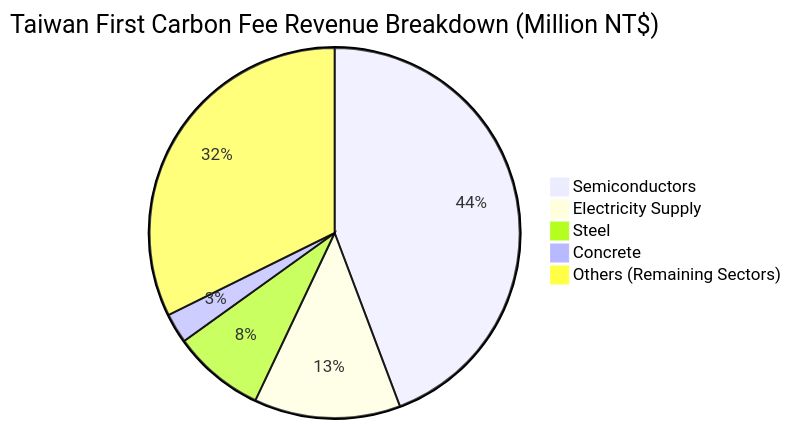
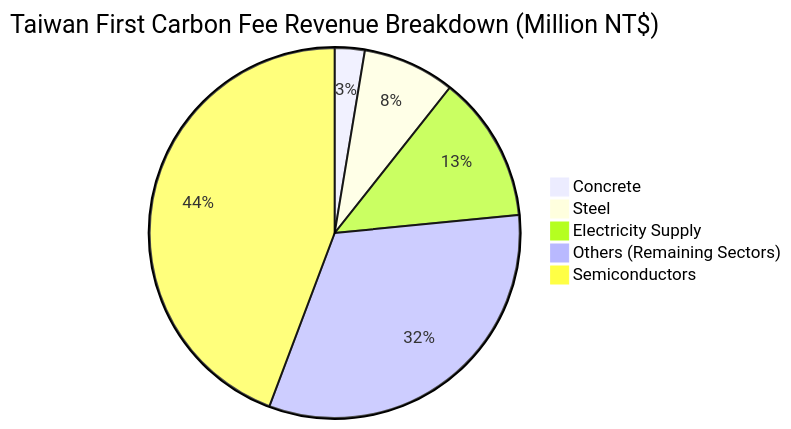
Before and after one commit to oxfordroadmap/quarto-awesomecv-typst: the diagram in blog/posts/20260721.qmd, drawn with Mermaid. The commit also changed other lines of this file and 10 other files, not shown here.

````diff
--- a/blog/posts/20260721.qmd
+++ b/blog/posts/20260721.qmd
@@ -58,8 +59,8 @@
 ```{mermaid}
 pie title Taiwan First Carbon Fee Revenue Breakdown (Million NT$)
+    "Concrete" : 130
+    "Steel" : 400
+    "Electricity Supply" : 635
+    "Others (Remaining Sectors)" : 1605
     "Semiconductors" : 2200
-    "Electricity Supply" : 635
-    "Steel" : 400
-    "Concrete" : 130
-    "Others (Remaining Sectors)" : 1605
 ```
````
